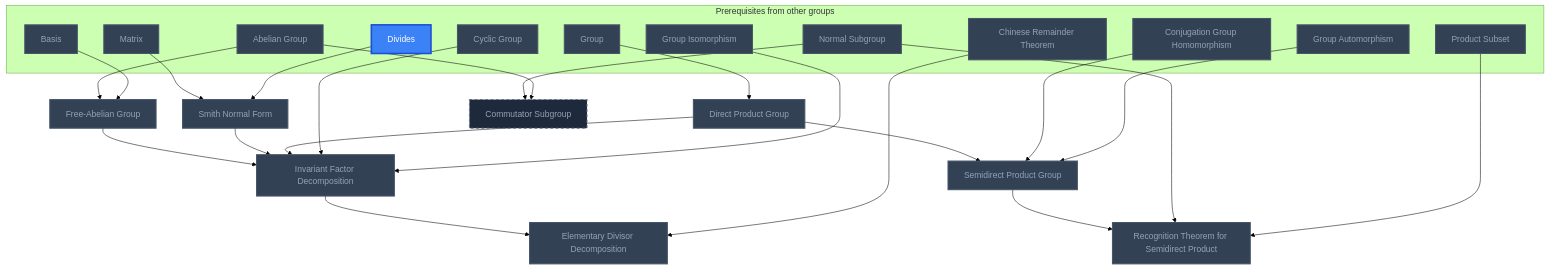
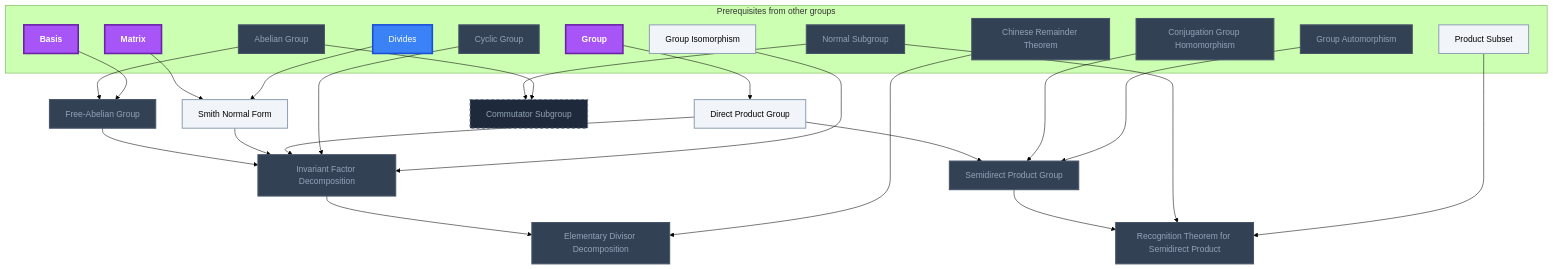
Before and after one commit to MRauf1/My-Notes: the sixth of 20 diagrams in Gamification/Skill Trees/Abstract Algebra.md, drawn with Mermaid (forest theme). The commit also changed other lines of this file and 57 other files, not shown here.

````diff
--- a/Gamification/Skill Trees/Abstract Algebra.md
+++ b/Gamification/Skill Trees/Abstract Algebra.md
@@ -532,58 +538,60 @@
 ```mermaid
 flowchart TD
     classDef planned fill:#1E293B,stroke:#64748B,stroke-width:2px,stroke-dasharray:5 5,color:#94A3B8;
     classDef locked fill:#334155,stroke:#475569,stroke-width:2px,color:#94A3B8;
     classDef L0 fill:#F1F5F9,stroke:#94A3B8,stroke-width:2px,color:#000000;
     classDef L1 fill:#22C55E,stroke:#15803D,stroke-width:2px,color:#000000;
     classDef L2 fill:#3B82F6,stroke:#1D4ED8,stroke-width:3px,color:#FFFFFF;
     classDef L3 fill:#A855F7,stroke:#6B21A8,stroke-width:3px,color:#FFFFFF,font-weight:bold;
     classDef L4 fill:#F97316,stroke:#C2410C,stroke-width:4px,color:#000000,font-weight:bold;
     classDef L5 fill:#FFD700,stroke:#FF8C00,stroke-width:5px,color:#000000,font-weight:bold;
     classDef rusty stroke:#8B4513,stroke-width:4px,stroke-dasharray:3 3;
     subgraph sg_prereqs["Prerequisites from other groups"]
         n_group["Group"]
         n_abelian_group["Abelian Group"]
         n_basis["Basis"]
         n_matrix["Matrix"]
         n_divides["Divides"]
         n_cyclic_group["Cyclic Group"]
         n_group_isomorphism["Group Isomorphism"]
         n_chinese_remainder_theorem["Chinese Remainder Theorem"]
         n_normal_subgroup["Normal Subgroup"]
         n_conjugation_group_homomorphism["Conjugation Group Homomorphism"]
         n_group_automorphism["Group Automorphism"]
         n_product_subset["Product Subset"]
     end
     n_direct_product_group["Direct Product Group"]
     n_free_abelian_group["Free-Abelian Group"]
     n_smith_normal_form["Smith Normal Form"]
     n_invariant_factor_decomposition["Invariant Factor Decomposition"]
     n_elementary_divisor_decomposition["Elementary Divisor Decomposition"]
     n_commutator_subgroup["Commutator Subgroup"]
     n_semidirect_product_group["Semidirect Product Group"]
     n_recognition_theorem_for_semidirect_product["Recognition Theorem for Semidirect Product"]
     n_group --> n_direct_product_group
     n_abelian_group --> n_free_abelian_group
     n_basis --> n_free_abelian_group
     n_matrix --> n_smith_normal_form
     n_divides --> n_smith_normal_form
     n_free_abelian_group --> n_invariant_factor_decomposition
     n_smith_normal_form --> n_invariant_factor_decomposition
     n_direct_product_group --> n_invariant_factor_decomposition
     n_cyclic_group --> n_invariant_factor_decomposition
     n_group_isomorphism --> n_invariant_factor_decomposition
     n_invariant_factor_decomposition --> n_elementary_divisor_decomposition
     n_chinese_remainder_theorem --> n_elementary_divisor_decomposition
     n_normal_subgroup --> n_commutator_subgroup
     n_abelian_group --> n_commutator_subgroup
     n_direct_product_group --> n_semidirect_product_group
     n_conjugation_group_homomorphism --> n_semidirect_product_group
     n_group_automorphism --> n_semidirect_product_group
     n_semidirect_product_group --> n_recognition_theorem_for_semidirect_product
     n_normal_subgroup --> n_recognition_theorem_for_semidirect_product
     n_product_subset --> n_recognition_theorem_for_semidirect_product
     class n_commutator_subgroup planned;
-    class n_group,n_abelian_group,n_basis,n_matrix,n_cyclic_group,n_group_isomorphism,n_chinese_remainder_theorem,n_normal_subgroup,n_conjugation_group_homomorphism,n_group_automorphism,n_product_subset,n_direct_product_group,n_free_abelian_group,n_smith_normal_form,n_invariant_factor_decomposition,n_elementary_divisor_decomposition,n_semidirect_product_group,n_recognition_theorem_for_semidirect_product locked;
+    class n_abelian_group,n_cyclic_group,n_chinese_remainder_theorem,n_normal_subgroup,n_conjugation_group_homomorphism,n_group_automorphism,n_free_abelian_group,n_invariant_factor_decomposition,n_elementary_divisor_decomposition,n_semidirect_product_group,n_recognition_theorem_for_semidirect_product locked;
+    class n_group_isomorphism,n_product_subset,n_direct_product_group,n_smith_normal_form L0;
     class n_divides L2;
+    class n_group,n_basis,n_matrix L3;
     class n_group,n_abelian_group,n_basis,n_matrix,n_divides,n_cyclic_group,n_group_isomorphism,n_chinese_remainder_theorem,n_normal_subgroup,n_conjugation_group_homomorphism,n_group_automorphism,n_product_subset,n_direct_product_group,n_free_abelian_group,n_smith_normal_form,n_invariant_factor_decomposition,n_elementary_divisor_decomposition,n_semidirect_product_group,n_recognition_theorem_for_semidirect_product internal-link;
 ```
````
